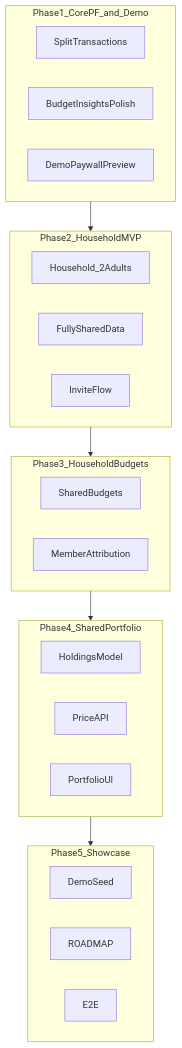
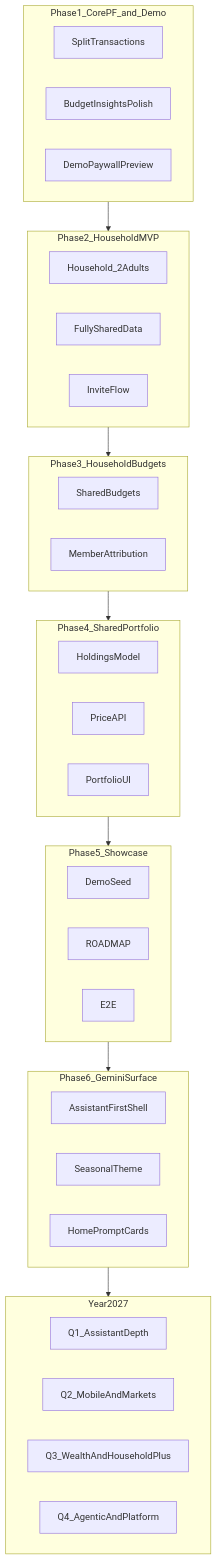
One commit to Hinnisiemsen/FiscalNorth changed the diagram in ROADMAP.md. Above: the diagram before and after it, drawn with Mermaid. The commit also changed other lines of this file and 30 other files, not shown here.

First line of the commit message:
feat: Gemini-inspired shell with holiday season theme and 2027 roadmap

````diff
--- a/ROADMAP.md
+++ b/ROADMAP.md
@@ -41,28 +44,39 @@
 ```mermaid
 flowchart TD
   subgraph phase1 [Phase1_CorePF_and_Demo]
     P1A[SplitTransactions]
     P1B[BudgetInsightsPolish]
     P1C[DemoPaywallPreview]
   end
   subgraph phase2 [Phase2_HouseholdMVP]
     P2A[Household_2Adults]
     P2B[FullySharedData]
     P2C[InviteFlow]
   end
   subgraph phase3 [Phase3_HouseholdBudgets]
     P3A[SharedBudgets]
     P3B[MemberAttribution]
   end
   subgraph phase4 [Phase4_SharedPortfolio]
     P4A[HoldingsModel]
     P4B[PriceAPI]
     P4C[PortfolioUI]
   end
   subgraph phase5 [Phase5_Showcase]
     P5A[DemoSeed]
     P5B[ROADMAP]
     P5C[E2E]
   end
-  phase1 --> phase2 --> phase3 --> phase4 --> phase5
+  subgraph phase6 [Phase6_GeminiSurface]
+    P6A[AssistantFirstShell]
+    P6B[SeasonalTheme]
+    P6C[HomePromptCards]
+  end
+  subgraph year2027 [Year2027]
+    Q1[Q1_AssistantDepth]
+    Q2[Q2_MobileAndMarkets]
+    Q3[Q3_WealthAndHouseholdPlus]
+    Q4[Q4_AgenticAndPlatform]
+  end
+  phase1 --> phase2 --> phase3 --> phase4 --> phase5 --> phase6 --> year2027
 ```
````
